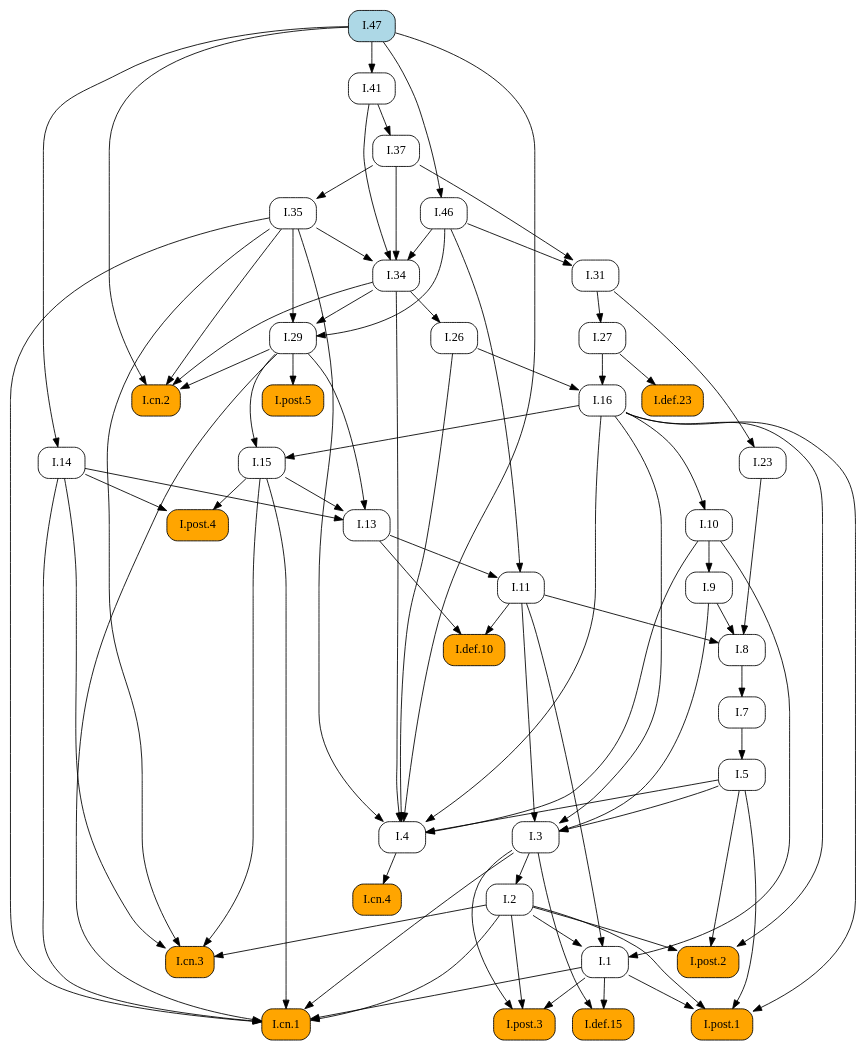
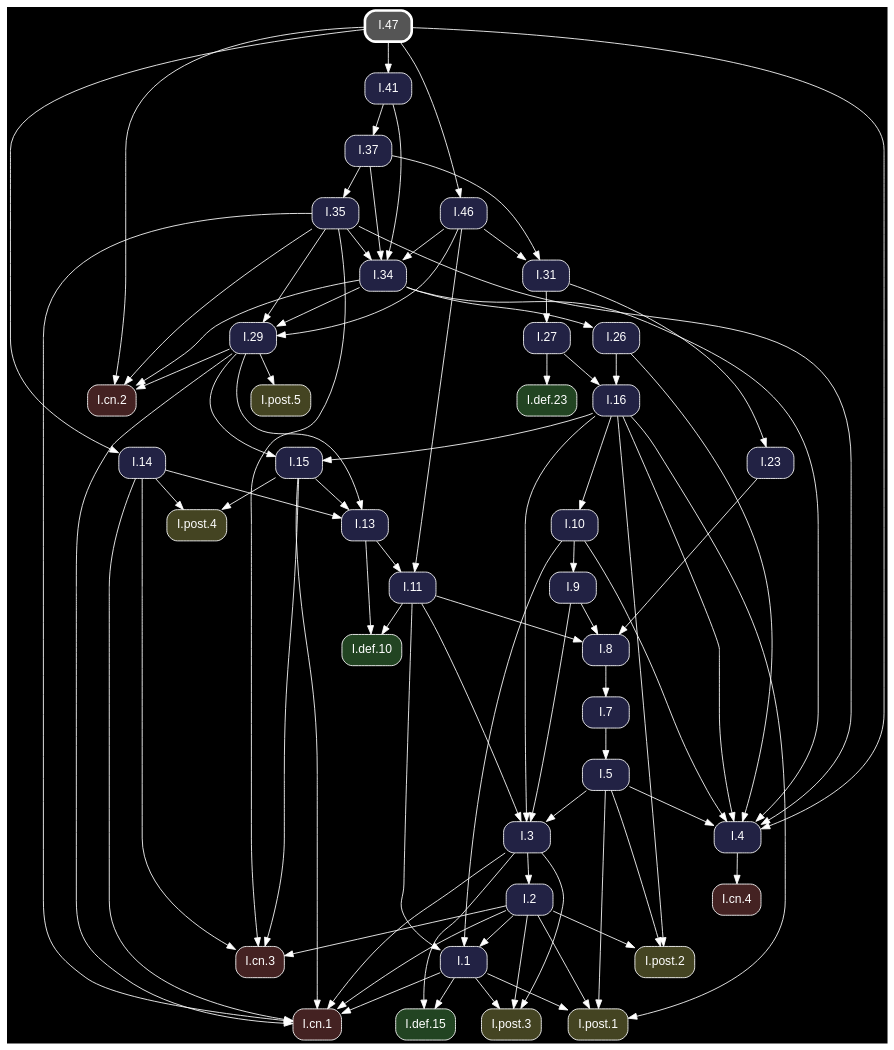
The diagram in docsrc/heath/I/47/index.rst (geometor/elements), drawn with Graphviz before and after one commit. The commit also changed other lines of this file and 1200 other files, not shown here.

Commit message:
update dependency graphs

```diff
--- a/docsrc/heath/I/47/index.rst
+++ b/docsrc/heath/I/47/index.rst
@@ -102,71 +102,53 @@
 .. graphviz::
 
    digraph {
+     bgcolor="black";
+     node [shape=box, style="rounded,filled", fontname="Helvetica", color="white", fontcolor="white"];
+     edge [color="white", fontcolor="white"];
      rankdir="TB";
-     node [shape=box, style=rounded];
-     "I.23" [URL="/heath/I/23/", target="_top"];
-     "I.9" [URL="/heath/I/9/", target="_top"];
-     "I.def.15" [style="rounded,filled", fillcolor=orange, URL="/heath/I/def.15/", target="_top"];
-     "I.47" [style="rounded,filled", fillcolor=lightblue, URL="/heath/I/47/", target="_top"];
-     "I.post.3" [style="rounded,filled", fillcolor=orange, URL="/heath/I/post.3/", target="_top"];
-     "I.post.1" [style="rounded,filled", fillcolor=orange, URL="/heath/I/post.1/", target="_top"];
-     "I.31" [URL="/heath/I/31/", target="_top"];
-     "I.def.10" [style="rounded,filled", fillcolor=orange, URL="/heath/I/def.10/", target="_top"];
-     "I.27" [URL="/heath/I/27/", target="_top"];
-     "I.14" [URL="/heath/I/14/", target="_top"];
-     "I.34" [URL="/heath/I/34/", target="_top"];
-     "I.3" [URL="/heath/I/3/", target="_top"];
-     "I.35" [URL="/heath/I/35/", target="_top"];
-     "I.cn.1" [style="rounded,filled", fillcolor=orange, URL="/heath/I/cn.1/", target="_top"];
-     "I.7" [URL="/heath/I/7/", target="_top"];
-     "I.2" [URL="/heath/I/2/", target="_top"];
-     "I.13" [URL="/heath/I/13/", target="_top"];
-     "I.post.4" [style="rounded,filled", fillcolor=orange, URL="/heath/I/post.4/", target="_top"];
-     "I.4" [URL="/heath/I/4/", target="_top"];
-     "I.1" [URL="/heath/I/1/", target="_top"];
-     "I.5" [URL="/heath/I/5/", target="_top"];
-     "I.37" [URL="/heath/I/37/", target="_top"];
-     "I.8" [URL="/heath/I/8/", target="_top"];
-     "I.29" [URL="/heath/I/29/", target="_top"];
-     "I.cn.3" [style="rounded,filled", fillcolor=orange, URL="/heath/I/cn.3/", target="_top"];
-     "I.16" [URL="/heath/I/16/", target="_top"];
-     "I.15" [URL="/heath/I/15/", target="_top"];
-     "I.10" [URL="/heath/I/10/", target="_top"];
-     "I.11" [URL="/heath/I/11/", target="_top"];
-     "I.def.23" [style="rounded,filled", fillcolor=orange, URL="/heath/I/def.23/", target="_top"];
-     "I.cn.2" [style="rounded,filled", fillcolor=orange, URL="/heath/I/cn.2/", target="_top"];
-     "I.post.5" [style="rounded,filled", fillcolor=orange, URL="/heath/I/post.5/", target="_top"];
-     "I.cn.4" [style="rounded,filled", fillcolor=orange, URL="/heath/I/cn.4/", target="_top"];
-     "I.41" [URL="/heath/I/41/", target="_top"];
-     "I.post.2" [style="rounded,filled", fillcolor=orange, URL="/heath/I/post.2/", target="_top"];
-     "I.46" [URL="/heath/I/46/", target="_top"];
-     "I.26" [URL="/heath/I/26/", target="_top"];
-     "I.31" -> "I.23";
-     "I.10" -> "I.9";
-     "I.1" -> "I.def.15";
-     "I.3" -> "I.def.15";
-     "I.1" -> "I.post.3";
-     "I.2" -> "I.post.3";
-     "I.3" -> "I.post.3";
-     "I.1" -> "I.post.1";
-     "I.2" -> "I.post.1";
-     "I.5" -> "I.post.1";
-     "I.16" -> "I.post.1";
+     "I.31" [fillcolor="#222244", URL="/heath/I/31/", target="_top"];
+     "I.3" [fillcolor="#222244", URL="/heath/I/3/", target="_top"];
+     "I.cn.1" [fillcolor="#442222", URL="/heath/I/cn.1/", target="_top"];
+     "I.def.10" [fillcolor="#224422", URL="/heath/I/def.10/", target="_top"];
+     "I.15" [fillcolor="#222244", URL="/heath/I/15/", target="_top"];
+     "I.13" [fillcolor="#222244", URL="/heath/I/13/", target="_top"];
+     "I.27" [fillcolor="#222244", URL="/heath/I/27/", target="_top"];
+     "I.2" [fillcolor="#222244", URL="/heath/I/2/", target="_top"];
+     "I.41" [fillcolor="#222244", URL="/heath/I/41/", target="_top"];
+     "I.cn.2" [fillcolor="#442222", URL="/heath/I/cn.2/", target="_top"];
+     "I.9" [fillcolor="#222244", URL="/heath/I/9/", target="_top"];
+     "I.1" [fillcolor="#222244", URL="/heath/I/1/", target="_top"];
+     "I.post.5" [fillcolor="#444422", URL="/heath/I/post.5/", target="_top"];
+     "I.post.4" [fillcolor="#444422", URL="/heath/I/post.4/", target="_top"];
+     "I.23" [fillcolor="#222244", URL="/heath/I/23/", target="_top"];
+     "I.26" [fillcolor="#222244", URL="/heath/I/26/", target="_top"];
+     "I.8" [fillcolor="#222244", URL="/heath/I/8/", target="_top"];
+     "I.4" [fillcolor="#222244", URL="/heath/I/4/", target="_top"];
+     "I.7" [fillcolor="#222244", URL="/heath/I/7/", target="_top"];
+     "I.5" [fillcolor="#222244", URL="/heath/I/5/", target="_top"];
+     "I.10" [fillcolor="#222244", URL="/heath/I/10/", target="_top"];
+     "I.46" [fillcolor="#222244", URL="/heath/I/46/", target="_top"];
+     "I.post.1" [fillcolor="#444422", URL="/heath/I/post.1/", target="_top"];
+     "I.11" [fillcolor="#222244", URL="/heath/I/11/", target="_top"];
+     "I.37" [fillcolor="#222244", URL="/heath/I/37/", target="_top"];
+     "I.16" [fillcolor="#222244", URL="/heath/I/16/", target="_top"];
+     "I.cn.3" [fillcolor="#442222", URL="/heath/I/cn.3/", target="_top"];
+     "I.29" [fillcolor="#222244", URL="/heath/I/29/", target="_top"];
+     "I.post.2" [fillcolor="#444422", URL="/heath/I/post.2/", target="_top"];
+     "I.cn.4" [fillcolor="#442222", URL="/heath/I/cn.4/", target="_top"];
+     "I.def.23" [fillcolor="#224422", URL="/heath/I/def.23/", target="_top"];
+     "I.14" [fillcolor="#222244", URL="/heath/I/14/", target="_top"];
+     "I.35" [fillcolor="#222244", URL="/heath/I/35/", target="_top"];
+     "I.47" [penwidth=3, color="white", fillcolor="#555555", URL="/heath/I/47/", target="_top"];
+     "I.post.3" [fillcolor="#444422", URL="/heath/I/post.3/", target="_top"];
+     "I.34" [fillcolor="#222244", URL="/heath/I/34/", target="_top"];
+     "I.def.15" [fillcolor="#224422", URL="/heath/I/def.15/", target="_top"];
      "I.37" -> "I.31";
      "I.46" -> "I.31";
-     "I.11" -> "I.def.10";
-     "I.13" -> "I.def.10";
-     "I.31" -> "I.27";
-     "I.47" -> "I.14";
-     "I.35" -> "I.34";
-     "I.37" -> "I.34";
-     "I.41" -> "I.34";
-     "I.46" -> "I.34";
      "I.5" -> "I.3";
      "I.9" -> "I.3";
      "I.11" -> "I.3";
      "I.16" -> "I.3";
-     "I.37" -> "I.35";
      "I.1" -> "I.cn.1";
      "I.2" -> "I.cn.1";
      "I.3" -> "I.cn.1";
@@ -174,13 +156,32 @@
      "I.15" -> "I.cn.1";
      "I.29" -> "I.cn.1";
      "I.35" -> "I.cn.1";
-     "I.8" -> "I.7";
-     "I.3" -> "I.2";
+     "I.11" -> "I.def.10";
+     "I.13" -> "I.def.10";
+     "I.16" -> "I.15";
+     "I.29" -> "I.15";
      "I.14" -> "I.13";
      "I.15" -> "I.13";
      "I.29" -> "I.13";
+     "I.31" -> "I.27";
+     "I.3" -> "I.2";
+     "I.47" -> "I.41";
+     "I.29" -> "I.cn.2";
+     "I.34" -> "I.cn.2";
+     "I.35" -> "I.cn.2";
+     "I.47" -> "I.cn.2";
+     "I.10" -> "I.9";
+     "I.2" -> "I.1";
+     "I.10" -> "I.1";
+     "I.11" -> "I.1";
+     "I.29" -> "I.post.5";
      "I.14" -> "I.post.4";
      "I.15" -> "I.post.4";
+     "I.31" -> "I.23";
+     "I.34" -> "I.26";
+     "I.9" -> "I.8";
+     "I.11" -> "I.8";
+     "I.23" -> "I.8";
      "I.5" -> "I.4";
      "I.10" -> "I.4";
      "I.16" -> "I.4";
@@ -188,39 +189,40 @@
      "I.34" -> "I.4";
      "I.35" -> "I.4";
      "I.47" -> "I.4";
-     "I.2" -> "I.1";
-     "I.10" -> "I.1";
-     "I.11" -> "I.1";
+     "I.8" -> "I.7";
      "I.7" -> "I.5";
+     "I.16" -> "I.10";
+     "I.47" -> "I.46";
+     "I.1" -> "I.post.1";
+     "I.2" -> "I.post.1";
+     "I.5" -> "I.post.1";
+     "I.16" -> "I.post.1";
+     "I.13" -> "I.11";
+     "I.46" -> "I.11";
      "I.41" -> "I.37";
-     "I.9" -> "I.8";
-     "I.11" -> "I.8";
-     "I.23" -> "I.8";
-     "I.34" -> "I.29";
-     "I.35" -> "I.29";
-     "I.46" -> "I.29";
+     "I.26" -> "I.16";
+     "I.27" -> "I.16";
      "I.2" -> "I.cn.3";
      "I.14" -> "I.cn.3";
      "I.15" -> "I.cn.3";
      "I.35" -> "I.cn.3";
-     "I.26" -> "I.16";
-     "I.27" -> "I.16";
-     "I.16" -> "I.15";
-     "I.29" -> "I.15";
-     "I.16" -> "I.10";
-     "I.13" -> "I.11";
-     "I.46" -> "I.11";
-     "I.27" -> "I.def.23";
-     "I.29" -> "I.cn.2";
-     "I.34" -> "I.cn.2";
-     "I.35" -> "I.cn.2";
-     "I.47" -> "I.cn.2";
-     "I.29" -> "I.post.5";
-     "I.4" -> "I.cn.4";
-     "I.47" -> "I.41";
+     "I.34" -> "I.29";
+     "I.35" -> "I.29";
+     "I.46" -> "I.29";
      "I.2" -> "I.post.2";
      "I.5" -> "I.post.2";
      "I.16" -> "I.post.2";
-     "I.47" -> "I.46";
-     "I.34" -> "I.26";
+     "I.4" -> "I.cn.4";
+     "I.27" -> "I.def.23";
+     "I.47" -> "I.14";
+     "I.37" -> "I.35";
+     "I.1" -> "I.post.3";
+     "I.2" -> "I.post.3";
+     "I.3" -> "I.post.3";
+     "I.35" -> "I.34";
+     "I.37" -> "I.34";
+     "I.41" -> "I.34";
+     "I.46" -> "I.34";
+     "I.1" -> "I.def.15";
+     "I.3" -> "I.def.15";
    }
```
